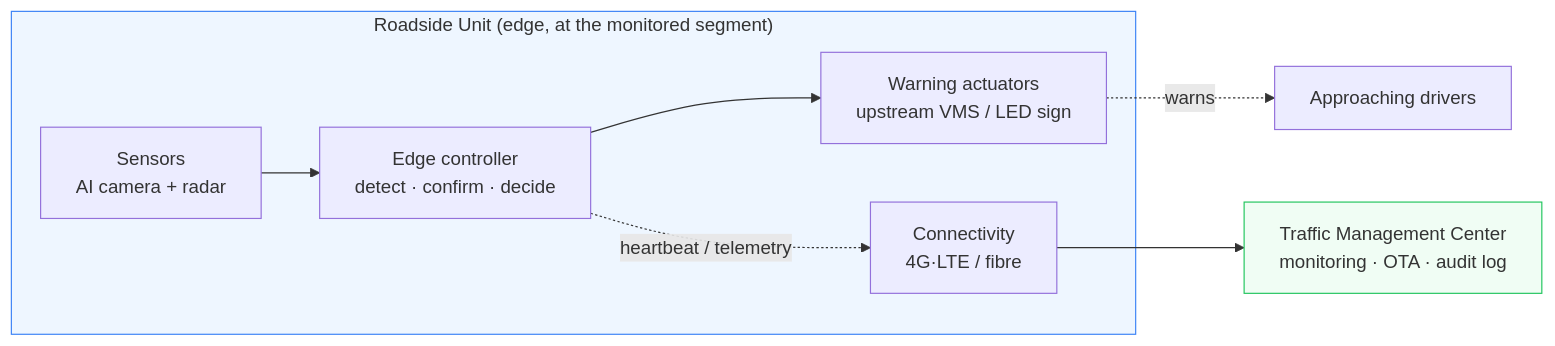
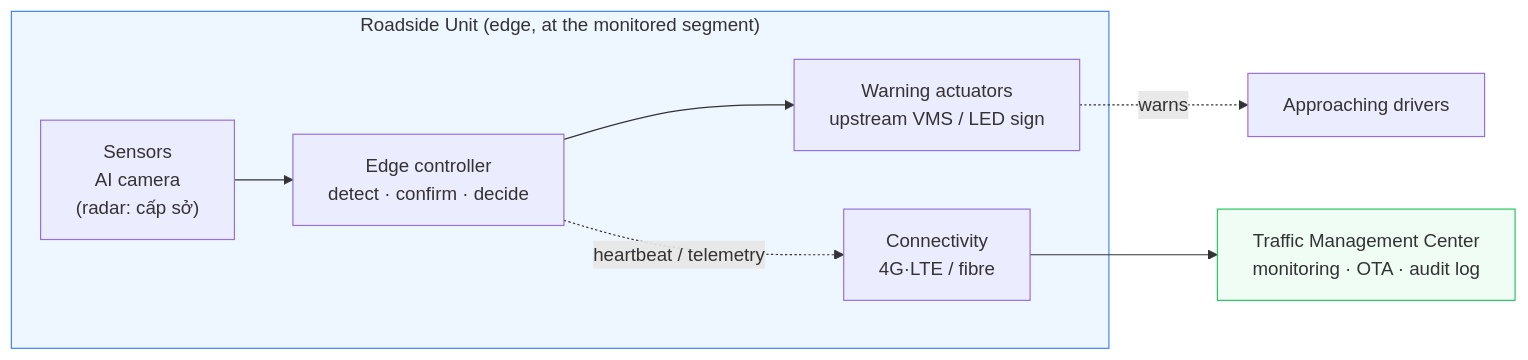
The diagram in README.md (tritinpho/emergency-stop-warning-system), drawn with Mermaid before and after one commit. The commit also changed other lines of this file and 36 other files, not shown here.

````diff
--- a/README.md
+++ b/README.md
@@ -60,12 +60,12 @@
 ```mermaid
 flowchart LR
     subgraph Field["Roadside Unit (edge, at the monitored segment)"]
-        S["Sensors<br/>AI camera + radar"] --> E["Edge controller<br/>detect · confirm · decide"]
+        S["Sensors<br/>AI camera<br/>(radar: cấp sở)"] --> E["Edge controller<br/>detect · confirm · decide"]
         E --> A["Warning actuators<br/>upstream VMS / LED sign"]
         E -.heartbeat / telemetry.-> N
     end
     N["Connectivity<br/>4G·LTE / fibre"] --> C["Traffic Management Center<br/>monitoring · OTA · audit log"]
     A -.warns.-> D["Approaching drivers"]
     style Field fill:#eef6ff,stroke:#3b82f6
     style C fill:#f0fdf4,stroke:#22c55e
 ```
````
